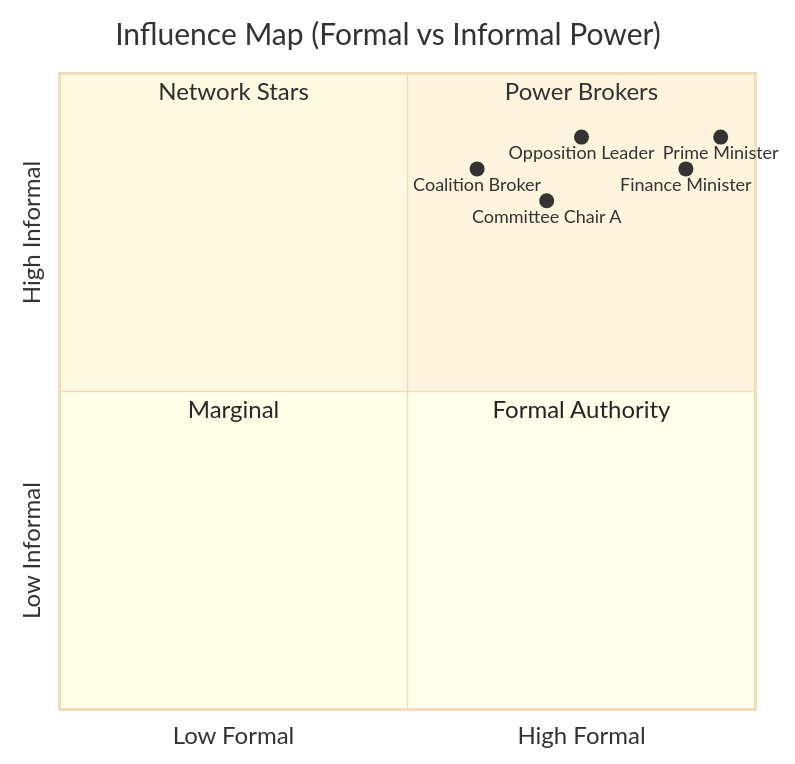
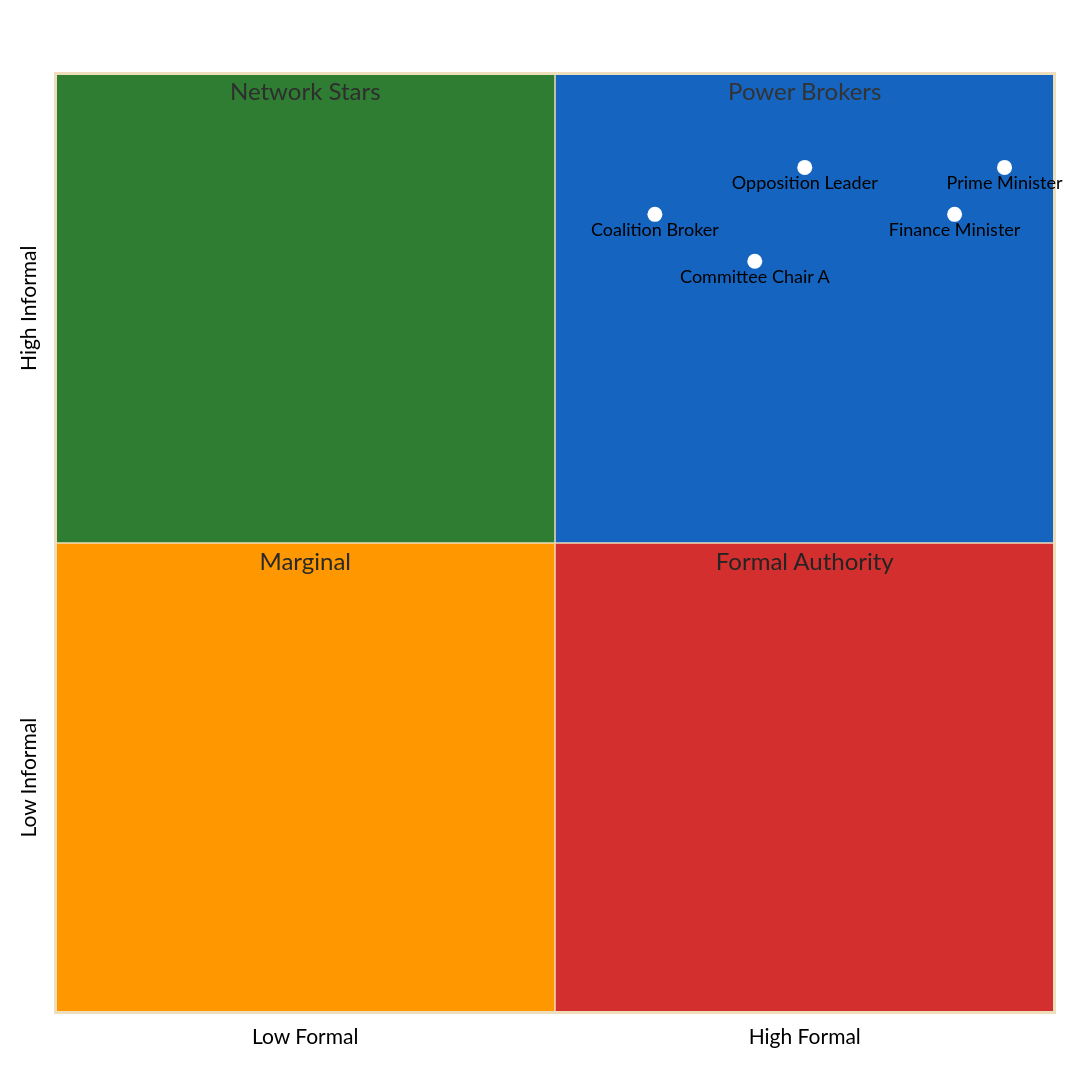
Before and after one commit to Hack23/cia: the fourth of 12 diagrams in json-export-specs/visualizations/top10-most-influential.md, drawn with Mermaid. The commit also changed other lines of this file and 30 other files, not shown here.

First line of the commit message:
fix: fix mermaid init blocks (single->double quotes), xychart quoting, and SWOT quadrant colors

````diff
--- a/json-export-specs/visualizations/top10-most-influential.md
+++ b/json-export-specs/visualizations/top10-most-influential.md
@@ -57,17 +57,40 @@
 ```mermaid
-%%{init: {'theme':'base'}}%%
+%%{init: {
+  "theme": "base",
+  "themeVariables": {
+    "quadrant1Fill": "#1565C0",
+    "quadrant2Fill": "#2E7D32",
+    "quadrant3Fill": "#FF9800",
+    "quadrant4Fill": "#D32F2F",
+    "quadrantTitleFill": "#ffffff",
+    "quadrantPointFill": "#ffffff",
+    "quadrantPointTextFill": "#000000",
+    "quadrantXAxisTextFill": "#000000",
+    "quadrantYAxisTextFill": "#000000"
+  },
+  "quadrantChart": {
+    "chartWidth": 700,
+    "chartHeight": 700,
+    "pointLabelFontSize": 12,
+    "titleFontSize": 20,
+    "quadrantLabelFontSize": 16,
+    "xAxisLabelFontSize": 14,
+    "yAxisLabelFontSize": 14
+  }
+}}%%
 quadrantChart
     title Influence Map (Formal vs Informal Power)
     x-axis Low Formal --> High Formal
     y-axis Low Informal --> High Informal
     quadrant-1 Power Brokers
     quadrant-2 Network Stars
     quadrant-3 Marginal
     quadrant-4 Formal Authority
     
-    Prime Minister: [0.95, 0.9]
-    Finance Minister: [0.9, 0.85]
-    Opposition Leader: [0.75, 0.9]
-    Committee Chair A: [0.7, 0.8]
-    Coalition Broker: [0.6, 0.85]
+    "Prime Minister": [0.95, 0.9]
+    "Finance Minister": [0.9, 0.85]
+    "Opposition Leader": [0.75, 0.9]
+    "Committee Chair A": [0.7, 0.8]
+    "Coalition Broker": [0.6, 0.85]
+
 ```
````
